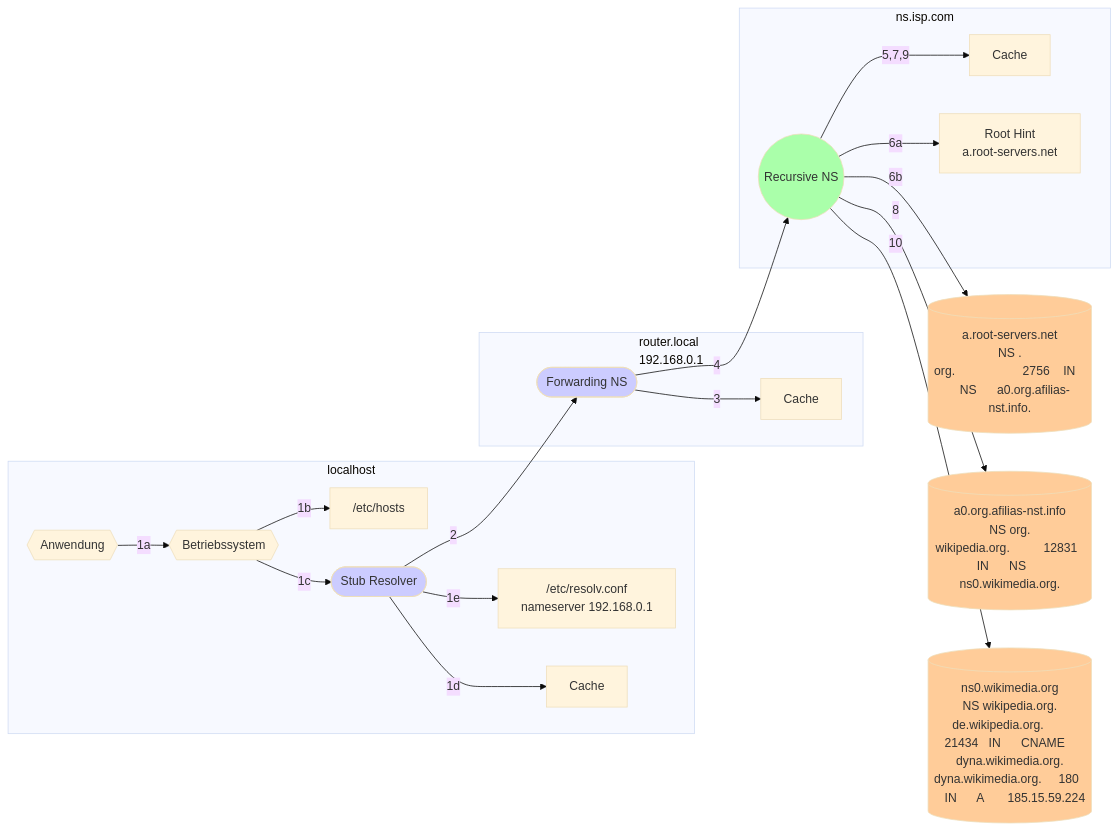
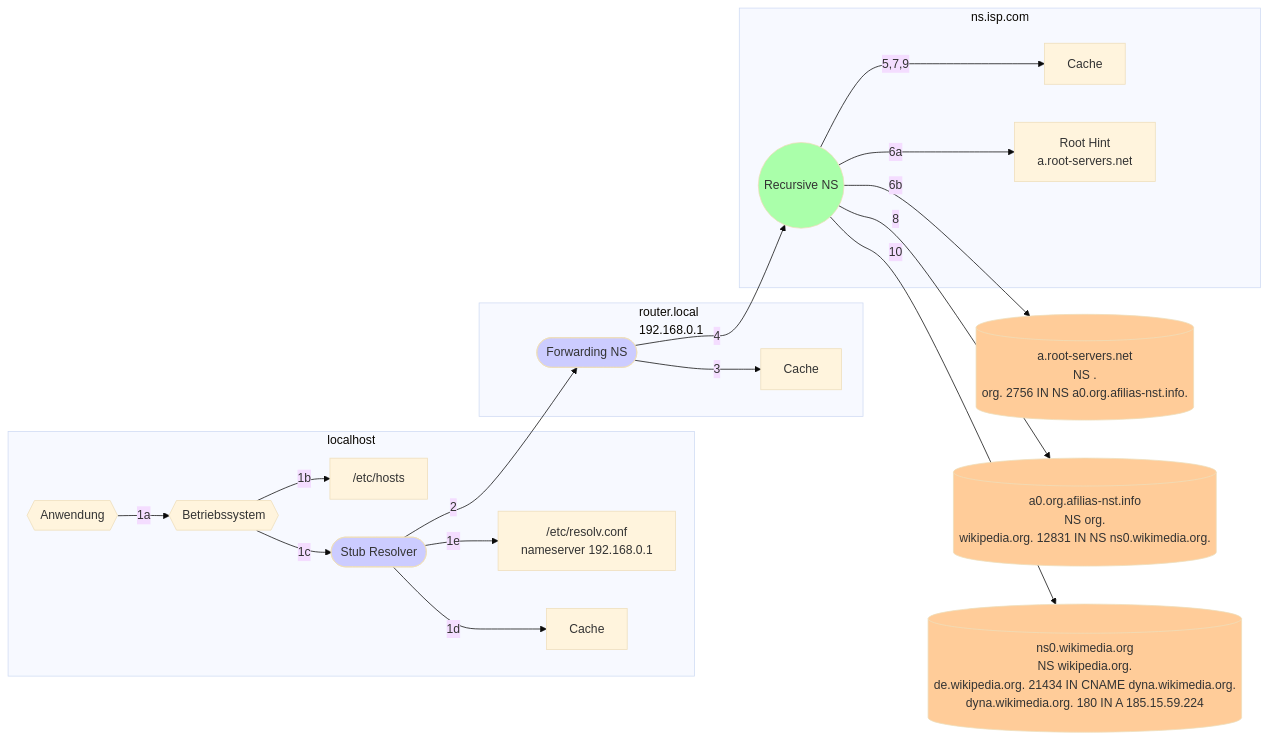
Before and after one commit to johannesloetzsch/LF10b: the second of 2 diagrams in src/dienste/dns.md, drawn with Mermaid (base theme). The commit also changed 5 other files, not shown here.

Commit message:
fix mermaid in dns.md

````diff
--- a/src/dienste/dns.md
+++ b/src/dienste/dns.md
@@ -90,39 +90,40 @@
 ```mermaid
+%%{init: {"flowchart": {"wrappingWidth": 600}}}%%
 flowchart LR
   classDef forwarding fill:#ccf
   classDef recursive fill:#afa
   classDef authoritative fill:#fc9
   subgraph Client[localhost]
    client_app{{Anwendung}}
    client_os{{Betriebssystem}}
    client_hosts["/etc/hosts"]
    client_ns([Stub Resolver]):::forwarding
-   client_conf["/etc/resolv.conf\nnameserver 192.168.0.1"]
+   client_conf["/etc/resolv.conf<br/>nameserver 192.168.0.1"]
    client_cache[Cache]
    client_app -- 1a --> client_os
    client_os -- 1b --> client_hosts
    client_os -- 1c --> client_ns
    client_ns -- 1d --> client_cache
    client_ns -- 1e --> client_conf
   end
-  subgraph Router[router.local\n192.168.0.1]
+  subgraph Router[router.local<br/>192.168.0.1]
    router_ns([Forwarding NS]):::forwarding
    router_cache[Cache]
    router_ns -- 3 --> router_cache
   end
   subgraph ISP[ns.isp.com]
     isp_ns((Recursive NS)):::recursive
     isp_cache[Cache]
-    isp_root_hint[Root Hint\na.root-servers.net]
+    isp_root_hint[Root Hint<br/>a.root-servers.net]
     isp_ns -- 5,7,9 --> isp_cache
     isp_ns -- 6a --> isp_root_hint
   end
-  root[(a.root-servers.net\nNS .\norg.                    2756    IN      NS      a0.org.afilias-nst.info.)]:::authoritative
-  org[(a0.org.afilias-nst.info\nNS org.\nwikipedia.org.          12831   IN      NS      ns0.wikimedia.org.)]:::authoritative
-  wikipedia[(ns0.wikimedia.org\nNS wikipedia.org.\nde.wikipedia.org.       21434   IN      CNAME   dyna.wikimedia.org.\ndyna.wikimedia.org.     180     IN      A       185.15.59.224)]:::authoritative
+  root[(a.root-servers.net<br/>NS .<br/>org.                    2756    IN      NS      a0.org.afilias-nst.info.)]:::authoritative
+  org[(a0.org.afilias-nst.info<br/>NS org.<br/>wikipedia.org.          12831   IN      NS      ns0.wikimedia.org.)]:::authoritative
+  wikipedia[(ns0.wikimedia.org<br/>NS wikipedia.org.<br/>de.wikipedia.org.       21434   IN      CNAME   dyna.wikimedia.org.<br/>dyna.wikimedia.org.     180     IN      A       185.15.59.224)]:::authoritative
   client_ns -- 2 --> router_ns
   router_ns -- 4 --> isp_ns
   isp_ns -- 6b --> root
   isp_ns -- 8 --> org
   isp_ns -- 10 --> wikipedia
 ```
````
